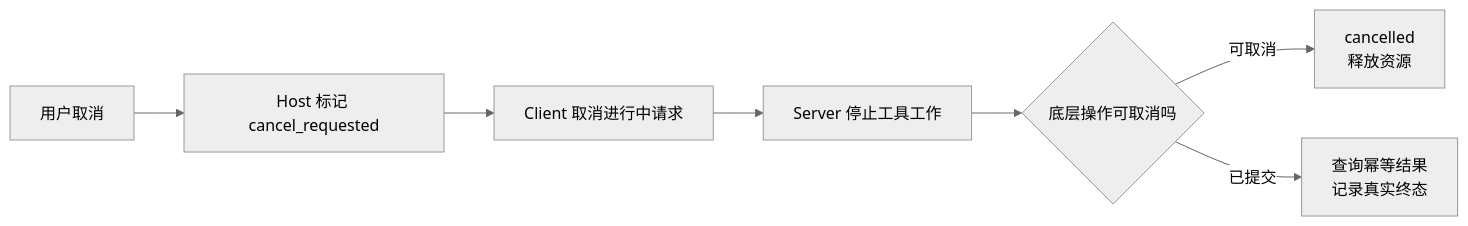
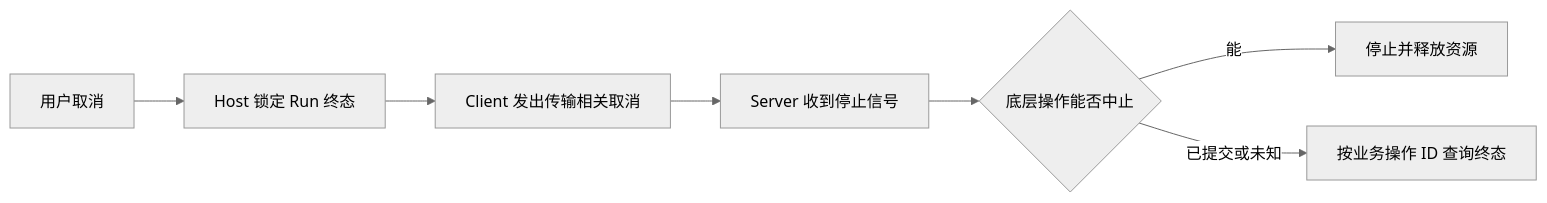
The third of 3 diagrams in docs/ai-agent/mcp-transports-discovery-cancellation.md (upJiang/jiang-blog-vitepress), drawn with Mermaid (neutral theme) before and after one commit. The commit also changed other lines of this file and 364 other files, not shown here.

````diff
--- a/docs/ai-agent/mcp-transports-discovery-cancellation.md
+++ b/docs/ai-agent/mcp-transports-discovery-cancellation.md
@@ -124,9 +147,9 @@
 ```mermaid
 flowchart LR
-  U[用户取消] --> H[Host 标记 cancel_requested]
-  H --> C[Client 取消进行中请求]
-  C --> S[Server 停止工具工作]
-  S --> D{底层操作可取消吗}
-  D -->|可取消| X[cancelled<br/>释放资源]
-  D -->|已提交| R[查询幂等结果<br/>记录真实终态]
+  U[用户取消] --> H[Host 锁定 Run 终态]
+  H --> C[Client 发出传输相关取消]
+  C --> S[Server 收到停止信号]
+  S --> D{底层操作能否中止}
+  D -->|能| X[停止并释放资源]
+  D -->|已提交或未知| Q[按业务操作 ID 查询终态]
 ```
````
